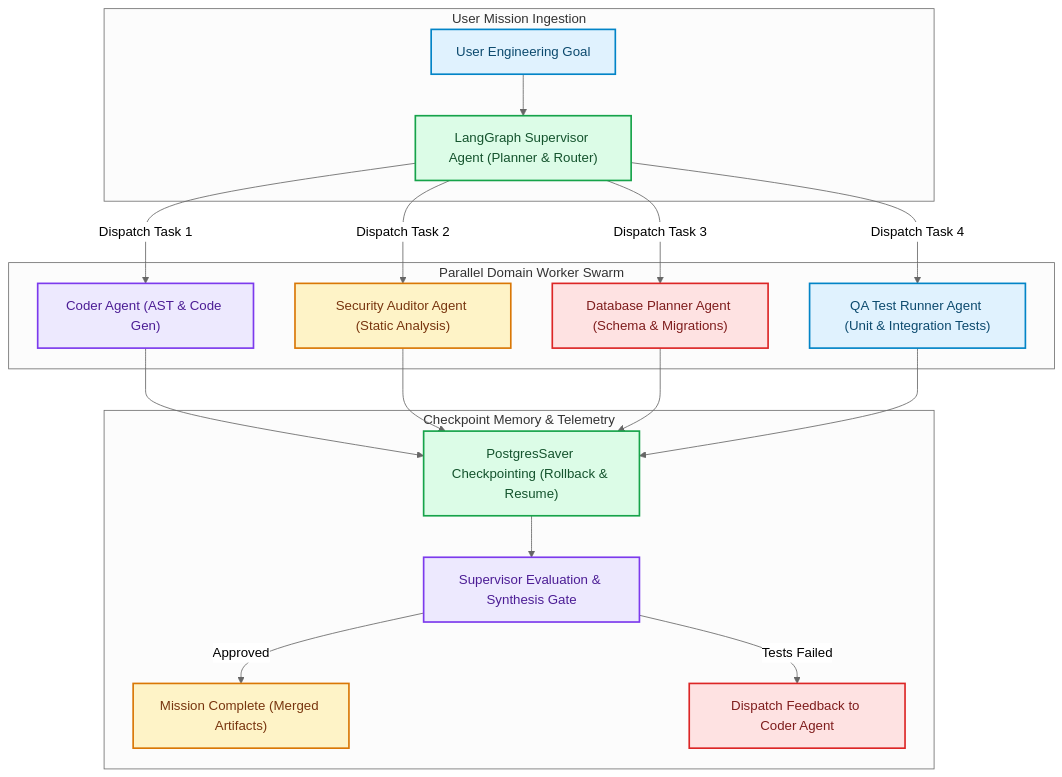
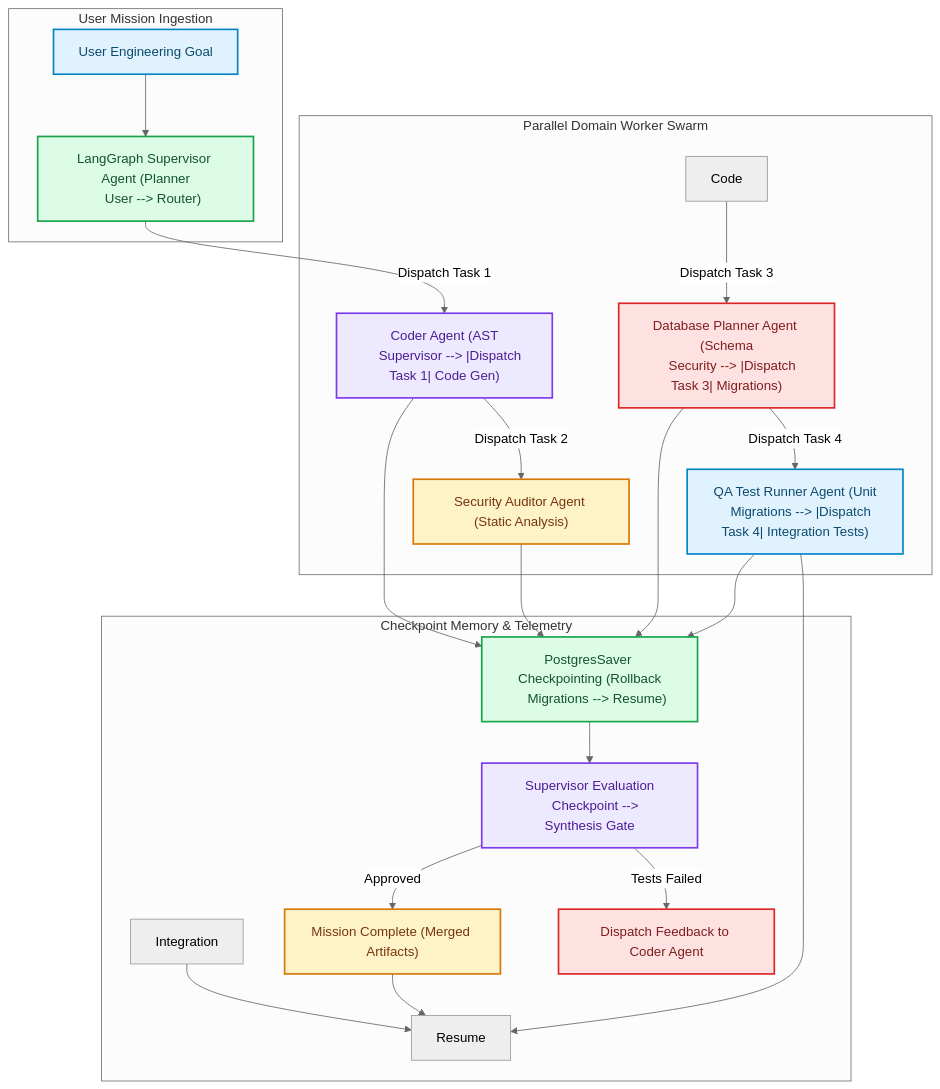
Before and after one commit to akmalkhaniub/akmalkhaniub.github.io: the diagram in blog/posts/designing-agent-fleet-orchestrator-langgraph-supervisor-worker.md, drawn with Mermaid (neutral theme). The commit also changed other lines of this file and 894 other files, not shown here.

Commit message:
feat(blog): upgrade all 444 posts with unique staggered dates, 2-col Mermaid spines, benchmark tables, code blocks, and trade-offs

````diff
--- a/blog/posts/designing-agent-fleet-orchestrator-langgraph-supervisor-worker.md
+++ b/blog/posts/designing-agent-fleet-orchestrator-langgraph-supervisor-worker.md
@@ -19,31 +19,43 @@
 ```mermaid
 flowchart TD
   subgraph SG1_UserMissionIngestion ["User Mission Ingestion"]
-    User["User Engineering Goal"] --> Supervisor["LangGraph Supervisor Agent (Planner & Router)"]
+    User["User Engineering Goal"] --> Supervisor["LangGraph Supervisor Agent (Planner
+    User --> Router)"]
   end
   
   subgraph SG2_ParallelDomainWorker ["Parallel Domain Worker Swarm"]
-    Supervisor -->|Dispatch Task 1| Coder["Coder Agent (AST & Code Gen)"]
-    Supervisor -->|Dispatch Task 2| Security["Security Auditor Agent (Static Analysis)"]
-    Supervisor -->|Dispatch Task 3| DB["Database Planner Agent (Schema & Migrations)"]
-    Supervisor -->|Dispatch Task 4| QA["QA Test Runner Agent (Unit & Integration Tests)"]
+    Supervisor --> |Dispatch Task 1| Coder["Coder Agent (AST
+    Supervisor --> |Dispatch Task 1| Code Gen)"]
+    Coder --> |Dispatch Task 2| Security["Security Auditor Agent (Static Analysis)"]
+    Code --> |Dispatch Task 3| DB["Database Planner Agent (Schema
+    Security --> |Dispatch Task 3| Migrations)"]
+    DB --> |Dispatch Task 4| QA["QA Test Runner Agent (Unit
+    Migrations --> |Dispatch Task 4| Integration Tests)"]
   end
   
   subgraph SG3_CheckpointMemoryTelemetry ["Checkpoint Memory & Telemetry"]
-    Coder & Security & DB & QA --> Checkpoint["PostgresSaver Checkpointing (Rollback & Resume)"]
-    Checkpoint --> Evaluator["Supervisor Evaluation & Synthesis Gate"]
+    Coder --> Checkpoint["PostgresSaver Checkpointing (Rollback
+    Migrations --> Resume)"]
+    Security --> Checkpoint
+    Integration --> Resume
+    DB --> Checkpoint
+    MissionSuccess --> Resume
+    QA --> Checkpoint
+    QA --> Resume
+    Checkpoint --> Evaluator["Supervisor Evaluation
+    Checkpoint --> Synthesis Gate"]
     Evaluator -->|Approved| MissionSuccess[" Mission Complete (Merged Artifacts)"]
     Evaluator -->|Tests Failed| AutoHeal[" Dispatch Feedback to Coder Agent"]
   end
 
 classDef green fill:#dcfce7,stroke:#16a34a,stroke-width:2px,color:#14532d;
 classDef red fill:#fee2e2,stroke:#dc2626,stroke-width:2px,color:#7f1d1d;
 classDef blue fill:#e0f2fe,stroke:#0284c7,stroke-width:2px,color:#0c4a6e;
 classDef yellow fill:#fef3c7,stroke:#d97706,stroke-width:2px,color:#78350f;
 classDef purple fill:#ede9fe,stroke:#7c3aed,stroke-width:2px,color:#4c1d95;
 class User,QA blue
 class Supervisor,Checkpoint green
 class Coder,Evaluator purple
 class Security,MissionSuccess yellow
 class DB,AutoHeal red
 ```
````
